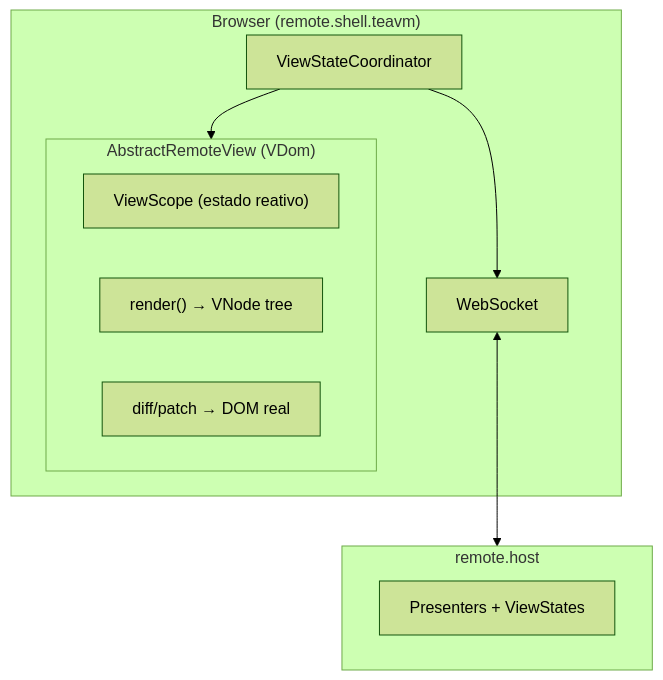
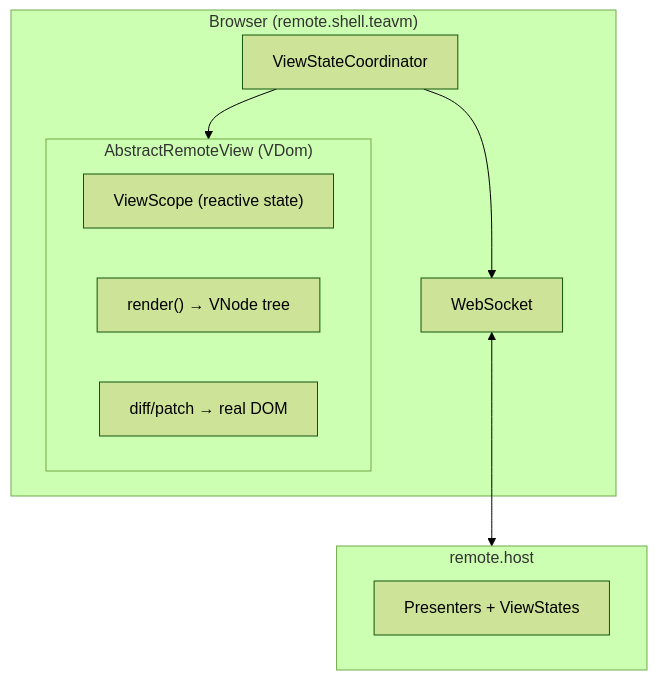
One commit to mrcdom/wdc-cube-java-v2 changed the second of 4 diagrams in fontes/br.com.wdc.shopping/br.com.wdc.shopping.view.remote/remote.shell.teavm/README.md. Above: the diagram before and after it, drawn with Mermaid (forest theme). The commit also changed other lines of this file and 69 other files, not shown here.

````diff
--- a/fontes/br.com.wdc.shopping/br.com.wdc.shopping.view.remote/remote.shell.teavm/README.md
+++ b/fontes/br.com.wdc.shopping/br.com.wdc.shopping.view.remote/remote.shell.teavm/README.md
@@ -28,20 +28,20 @@
 ```mermaid
 graph TD
     subgraph browser["Browser (remote.shell.teavm)"]
         coordinator["ViewStateCoordinator"]
         ws["WebSocket"]
         subgraph vdom["AbstractRemoteView (VDom)"]
-            scope["ViewScope (estado reativo)"]
+            scope["ViewScope (reactive state)"]
             render["render() → VNode tree"]
-            diff["diff/patch → DOM real"]
+            diff["diff/patch → real DOM"]
         end
         coordinator --> ws
         coordinator --> vdom
     end
 
     subgraph host["remote.host"]
         presenters["Presenters + ViewStates"]
     end
 
     ws <--> host
 ```
````
